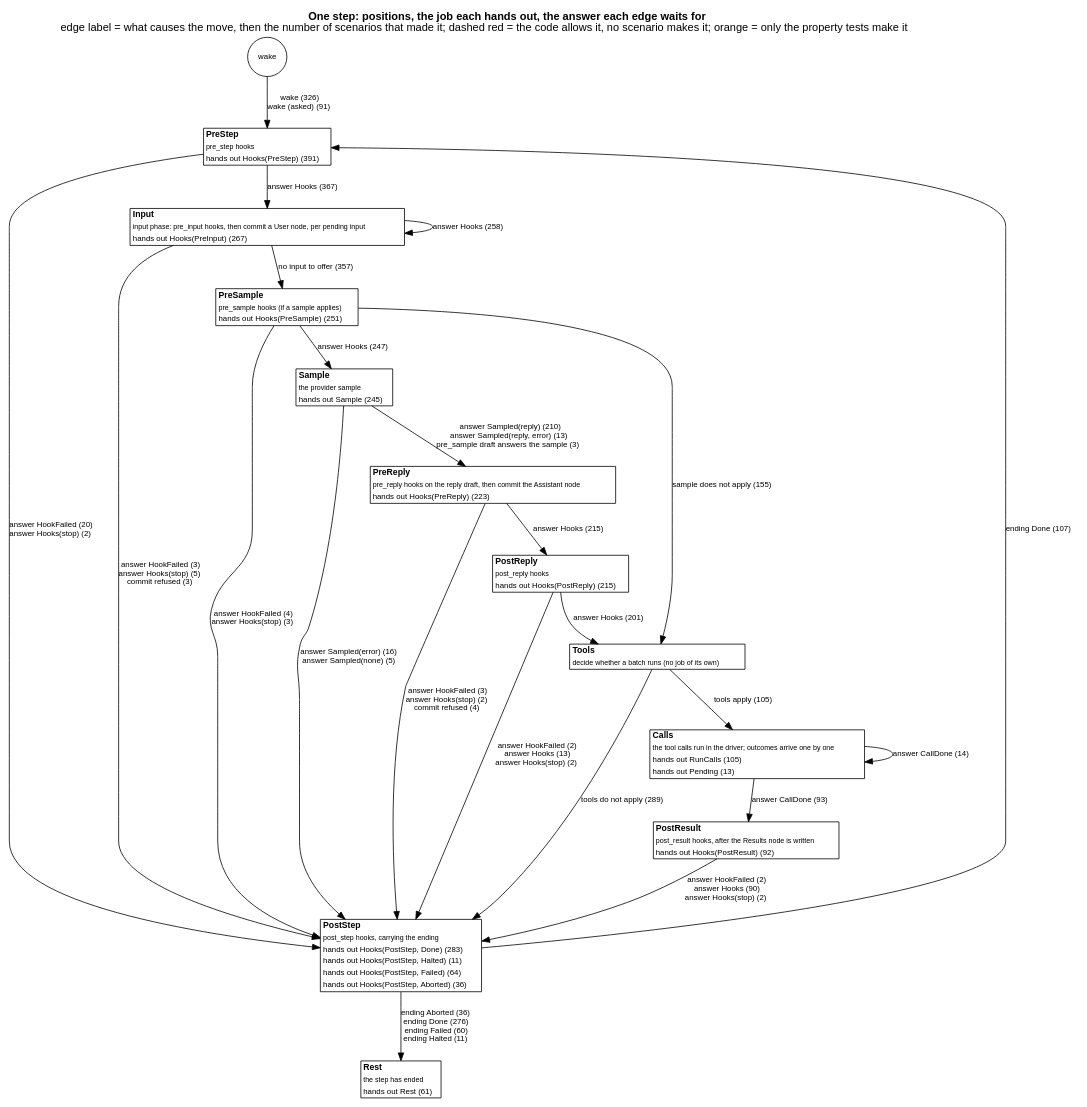
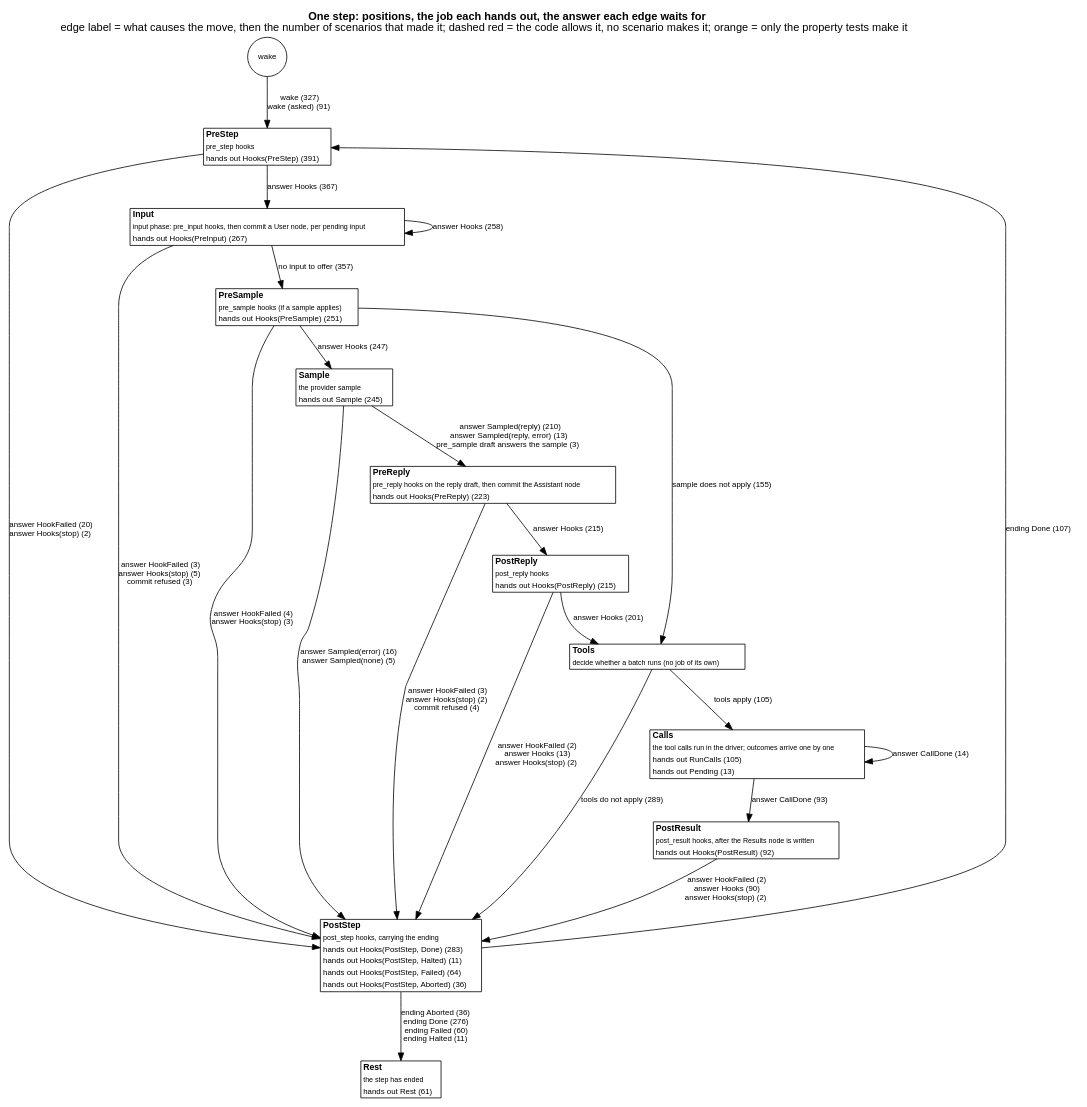
One commit to jmccardle/tau changed the diagram in docs/as-built/diagrams/step-positions.dot. Above: the diagram before and after it, drawn with Graphviz. The commit also changed 37 other files, not shown here.

```diff
--- a/docs/as-built/diagrams/step-positions.dot
+++ b/docs/as-built/diagrams/step-positions.dot
@@ -1,40 +1,40 @@
 // Generated by scripts/diagrams.sh from the test suites' transitions. Do not edit.
 digraph step_positions {
   graph [rankdir=TB, fontname="Helvetica", nodesep=0.5, ranksep=0.6, labelloc=t, label=<<b>One step: positions, the job each hands out, the answer each edge waits for</b><br/>edge label = what causes the move, then the number of scenarios that made it; dashed red = the code allows it, no scenario makes it; orange = only the property tests make it>];
   node [shape=plain, fontname="Helvetica", fontsize=11];
   edge [fontname="Helvetica", fontsize=10];
   "(wake)" [shape=circle, label="wake", fontsize=10];
   "PreStep" [label=<<table border="1" cellborder="0" cellspacing="0" bgcolor="white"><tr><td align="left"><b>PreStep</b></td></tr><tr><td align="left"><font point-size="9">pre_step hooks</font></td></tr><tr><td align="left"><font color="black" point-size="10">hands out Hooks(PreStep) (391)</font></td></tr></table>>];
   "Input" [label=<<table border="1" cellborder="0" cellspacing="0" bgcolor="white"><tr><td align="left"><b>Input</b></td></tr><tr><td align="left"><font point-size="9">input phase: pre_input hooks, then commit a User node, per pending input</font></td></tr><tr><td align="left"><font color="black" point-size="10">hands out Hooks(PreInput) (267)</font></td></tr></table>>];
   "PreSample" [label=<<table border="1" cellborder="0" cellspacing="0" bgcolor="white"><tr><td align="left"><b>PreSample</b></td></tr><tr><td align="left"><font point-size="9">pre_sample hooks (if a sample applies)</font></td></tr><tr><td align="left"><font color="black" point-size="10">hands out Hooks(PreSample) (251)</font></td></tr></table>>];
   "Sample" [label=<<table border="1" cellborder="0" cellspacing="0" bgcolor="white"><tr><td align="left"><b>Sample</b></td></tr><tr><td align="left"><font point-size="9">the provider sample</font></td></tr><tr><td align="left"><font color="black" point-size="10">hands out Sample (245)</font></td></tr></table>>];
   "PreReply" [label=<<table border="1" cellborder="0" cellspacing="0" bgcolor="white"><tr><td align="left"><b>PreReply</b></td></tr><tr><td align="left"><font point-size="9">pre_reply hooks on the reply draft, then commit the Assistant node</font></td></tr><tr><td align="left"><font color="black" point-size="10">hands out Hooks(PreReply) (223)</font></td></tr></table>>];
   "PostReply" [label=<<table border="1" cellborder="0" cellspacing="0" bgcolor="white"><tr><td align="left"><b>PostReply</b></td></tr><tr><td align="left"><font point-size="9">post_reply hooks</font></td></tr><tr><td align="left"><font color="black" point-size="10">hands out Hooks(PostReply) (215)</font></td></tr></table>>];
   "Tools" [label=<<table border="1" cellborder="0" cellspacing="0" bgcolor="white"><tr><td align="left"><b>Tools</b></td></tr><tr><td align="left"><font point-size="9">decide whether a batch runs (no job of its own)</font></td></tr></table>>];
   "Calls" [label=<<table border="1" cellborder="0" cellspacing="0" bgcolor="white"><tr><td align="left"><b>Calls</b></td></tr><tr><td align="left"><font point-size="9">the tool calls run in the driver; outcomes arrive one by one</font></td></tr><tr><td align="left"><font color="black" point-size="10">hands out RunCalls (105)</font></td></tr><tr><td align="left"><font color="black" point-size="10">hands out Pending (13)</font></td></tr></table>>];
   "PostResult" [label=<<table border="1" cellborder="0" cellspacing="0" bgcolor="white"><tr><td align="left"><b>PostResult</b></td></tr><tr><td align="left"><font point-size="9">post_result hooks, after the Results node is written</font></td></tr><tr><td align="left"><font color="black" point-size="10">hands out Hooks(PostResult) (92)</font></td></tr></table>>];
   "PostStep" [label=<<table border="1" cellborder="0" cellspacing="0" bgcolor="white"><tr><td align="left"><b>PostStep</b></td></tr><tr><td align="left"><font point-size="9">post_step hooks, carrying the ending</font></td></tr><tr><td align="left"><font color="black" point-size="10">hands out Hooks(PostStep, Done) (283)</font></td></tr><tr><td align="left"><font color="black" point-size="10">hands out Hooks(PostStep, Halted) (11)</font></td></tr><tr><td align="left"><font color="black" point-size="10">hands out Hooks(PostStep, Failed) (64)</font></td></tr><tr><td align="left"><font color="black" point-size="10">hands out Hooks(PostStep, Aborted) (36)</font></td></tr></table>>];
   "Rest" [label=<<table border="1" cellborder="0" cellspacing="0" bgcolor="white"><tr><td align="left"><b>Rest</b></td></tr><tr><td align="left"><font point-size="9">the step has ended</font></td></tr><tr><td align="left"><font color="black" point-size="10">hands out Rest (61)</font></td></tr></table>>];
-  "(wake)" -> "PreStep" [label=<wake (326)<br/>wake (asked) (91)>, color="black", style=solid];
+  "(wake)" -> "PreStep" [label=<wake (327)<br/>wake (asked) (91)>, color="black", style=solid];
   "Calls" -> "Calls" [label=<answer CallDone (14)>, color="black", style=solid];
   "Calls" -> "PostResult" [label=<answer CallDone (93)>, color="black", style=solid];
   "Input" -> "Input" [label=<answer Hooks (258)>, color="black", style=solid];
   "Input" -> "PostStep" [label=<answer HookFailed (3)<br/>answer Hooks(stop) (5)<br/>commit refused (3)>, color="black", style=solid];
   "Input" -> "PreSample" [label=<no input to offer (357)>, color="black", style=solid];
   "PostReply" -> "PostStep" [label=<answer HookFailed (2)<br/>answer Hooks (13)<br/>answer Hooks(stop) (2)>, color="black", style=solid];
   "PostReply" -> "Tools" [label=<answer Hooks (201)>, color="black", style=solid];
   "PostResult" -> "PostStep" [label=<answer HookFailed (2)<br/>answer Hooks (90)<br/>answer Hooks(stop) (2)>, color="black", style=solid];
   "PostStep" -> "PreStep" [label=<ending Done (107)>, color="black", style=solid];
   "PostStep" -> "Rest" [label=<ending Aborted (36)<br/>ending Done (276)<br/>ending Failed (60)<br/>ending Halted (11)>, color="black", style=solid];
   "PreReply" -> "PostReply" [label=<answer Hooks (215)>, color="black", style=solid];
   "PreReply" -> "PostStep" [label=<answer HookFailed (3)<br/>answer Hooks(stop) (2)<br/>commit refused (4)>, color="black", style=solid];
   "PreSample" -> "PostStep" [label=<answer HookFailed (4)<br/>answer Hooks(stop) (3)>, color="black", style=solid];
   "PreSample" -> "Sample" [label=<answer Hooks (247)>, color="black", style=solid];
   "PreSample" -> "Tools" [label=<sample does not apply (155)>, color="black", style=solid];
   "PreStep" -> "Input" [label=<answer Hooks (367)>, color="black", style=solid];
   "PreStep" -> "PostStep" [label=<answer HookFailed (20)<br/>answer Hooks(stop) (2)>, color="black", style=solid];
   "Sample" -> "PostStep" [label=<answer Sampled(error) (16)<br/>answer Sampled(none) (5)>, color="black", style=solid];
   "Sample" -> "PreReply" [label=<answer Sampled(reply) (210)<br/>answer Sampled(reply, error) (13)<br/>pre_sample draft answers the sample (3)>, color="black", style=solid];
   "Tools" -> "Calls" [label=<tools apply (105)>, color="black", style=solid];
   "Tools" -> "PostStep" [label=<tools do not apply (289)>, color="black", style=solid];
 }
```
